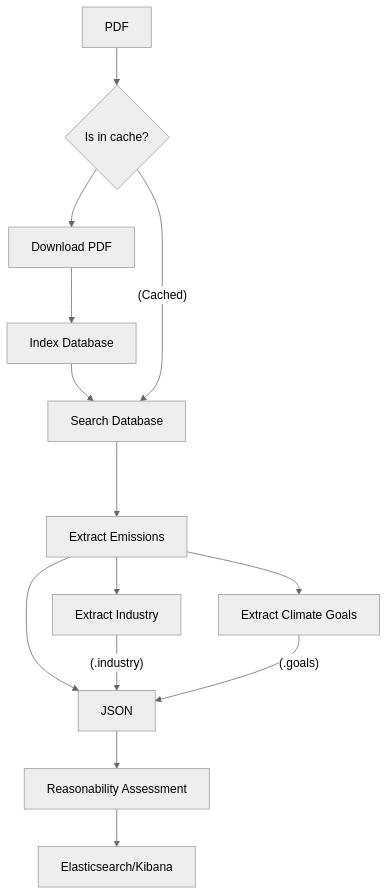
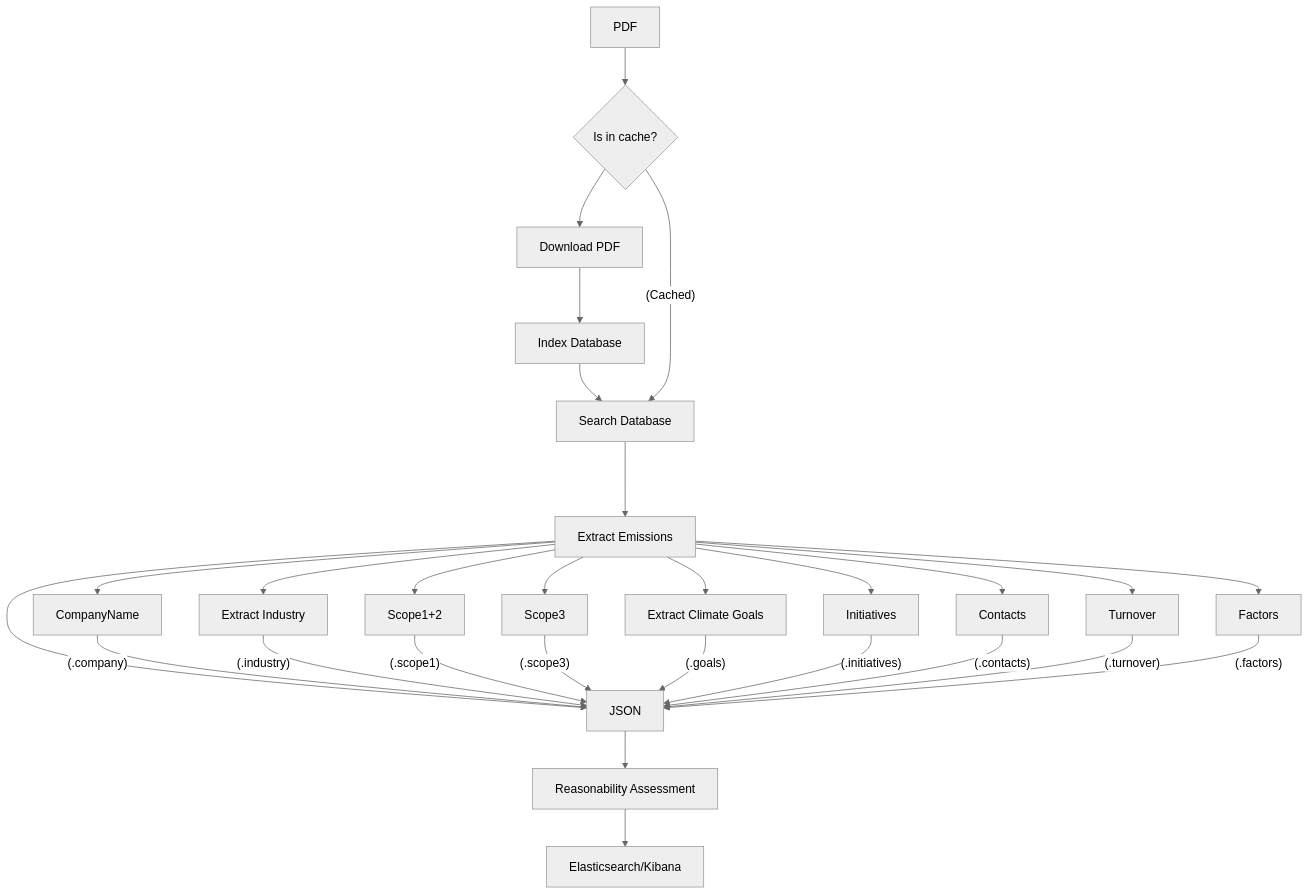
The diagram in README.md (Klimatbyran/garbo), drawn with Mermaid (neutral theme) before and after one commit. The commit also changed 4 other files, not shown here.

````diff
--- a/README.md
+++ b/README.md
@@ -19,26 +19,33 @@
 ```mermaid
 flowchart TB
 
     A[PDF]
     B{Is in cache?}
     C[Download PDF]
     D[Index Database]
     E[Search Database]
     F[Extract Emissions]
     G[JSON]
 
     Industry[Extract Industry]
     Goals[Extract Climate Goals]
     Review[Reasonability Assessment]
 
 
     DB[Elasticsearch/Kibana]
 
     A --> B --> C --> D --> E ---> F ---> G
     B --(Cached)--> E
 
+    F --> CompanyName --(.company)--> G
     F --> Industry --(.industry)--> G
+    F --> Scope1+2 --(.scope1)--> G
+    F --> Scope3 --(.scope3)--> G
     F --> Goals --(.goals)--> G
+    F --> Initiatives --(.initiatives)--> G
+    F --> Contacts --(.contacts)--> G
+    F --> Turnover --(.turnover)--> G
+    F --> Factors --(.factors)--> G
 
     G --> Review --> DB
 ```
````
